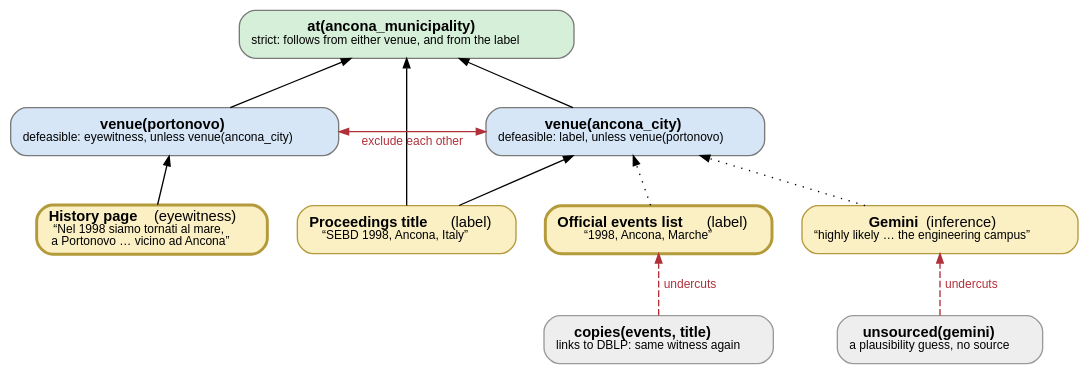
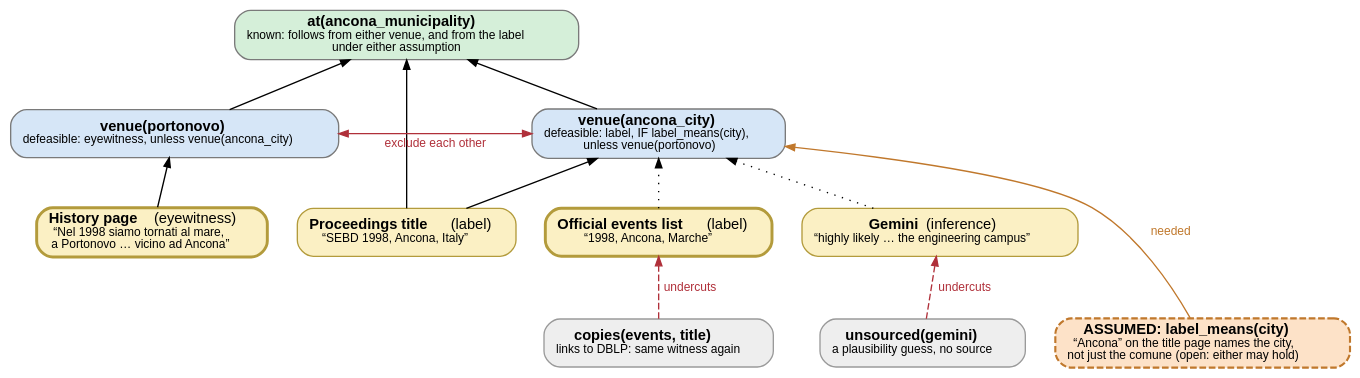
One commit to idaks/sebd-grand-tour changed the diagram in evidence/venue-1998/venue1998.gv. Above: the diagram before and after it, drawn with Graphviz. The commit also changed 5 other files, not shown here.

First line of the commit message:
1998 venue: make the label's referent an explicit assumption

```diff
--- a/evidence/venue-1998/venue1998.gv
+++ b/evidence/venue-1998/venue1998.gv
@@ -1,42 +1,47 @@
 // venue1998.gv -- a VIEW of the rules in venue1998.lp, not a translation of them.
 // Each node names the fact or rule it stands for; the semantics live in the .lp file.
 // Build: dot -Tsvg venue1998.gv -o venue1998.svg
 digraph venue1998 {
   rankdir=BT; nodesep=0.3; ranksep=0.5; bgcolor="transparent";
   node [shape=box, style="rounded,filled", fontname="Helvetica", fontsize=11,
         color="#7a7a7a", margin="0.12,0.06"];
   edge [fontname="Helvetica", fontsize=9, fontcolor="#555555", arrowsize=0.7];
 
   // sources (strict facts)
   node [fillcolor="#fbf0c4", color="#b39b3c"];
   H [label=<<b>History page</b> (eyewitness)<br/><font point-size="9">“Nel 1998 siamo tornati al mare,<br/>a Portonovo … vicino ad Ancona”</font>>,
      URL="https://sebd.inf.uniroma3.it/history.html", penwidth=2.2];
   T [label=<<b>Proceedings title</b> (label)<br/><font point-size="9">“SEBD 1998, Ancona, Italy”</font>>];
   L [label=<<b>Official events list</b> (label)<br/><font point-size="9">“1998, Ancona, Marche”</font>>,
      URL="https://sebd.inf.uniroma3.it/index.html#events", penwidth=2.2];
   G [label=<<b>Gemini</b> (inference)<br/><font point-size="9">“highly likely … the engineering campus”</font>>];
 
   // undercutters
   node [fillcolor="#eeeeee", color="#9a9a9a"];
   U1 [label=<<b>copies(events, title)</b><br/><font point-size="9">links to DBLP: same witness again</font>>];
   U2 [label=<<b>unsourced(gemini)</b><br/><font point-size="9">a plausibility guess, no source</font>>];
 
+  // assumption (explicit, not settled by the evidence)
+  Q [label=<<b>ASSUMED: label_means(city)</b><br/><font point-size="9">“Ancona” on the title page names the city,<br/>not just the comune (open: either may hold)</font>>,
+     fillcolor="#fde2c8", color="#c0782c", style="rounded,filled,dashed", penwidth=1.6];
+
   // conclusions
   node [fillcolor="#d6e6f7", color="#7a7a7a"];
   P [label=<<b>venue(portonovo)</b><br/><font point-size="9">defeasible: eyewitness, unless venue(ancona_city)</font>>];
-  A [label=<<b>venue(ancona_city)</b><br/><font point-size="9">defeasible: label, unless venue(portonovo)</font>>];
+  A [label=<<b>venue(ancona_city)</b><br/><font point-size="9">defeasible: label, IF label_means(city),<br/>unless venue(portonovo)</font>>];
   node [fillcolor="#d5efd9"];
-  M [label=<<b>at(ancona_municipality)</b><br/><font point-size="9">strict: follows from either venue, and from the label</font>>];
+  M [label=<<b>at(ancona_municipality)</b><br/><font point-size="9">known: follows from either venue, and from the label<br/>under either assumption</font>>];
 
   // support
-  H -> P; T -> A; L -> A [style=dotted]; G -> A [style=dotted];
+  H -> P; T -> A; Q -> A [label="needed", color="#c0782c", fontcolor="#c0782c"]; L -> A [style=dotted]; G -> A [style=dotted];
   P -> M; A -> M; T -> M;
   // attack and undercut
   edge [color="#b0303a", fontcolor="#b0303a"];
   P -> A [dir=both, label=" exclude each other", constraint=false];
   U1 -> L [label="undercuts", style=dashed];
   U2 -> G [label="undercuts", style=dashed];
 
   { rank=same; H; T; L; G; }
   { rank=same; P; A; }
+  { rank=same; Q; U1; U2; }
 }
```
